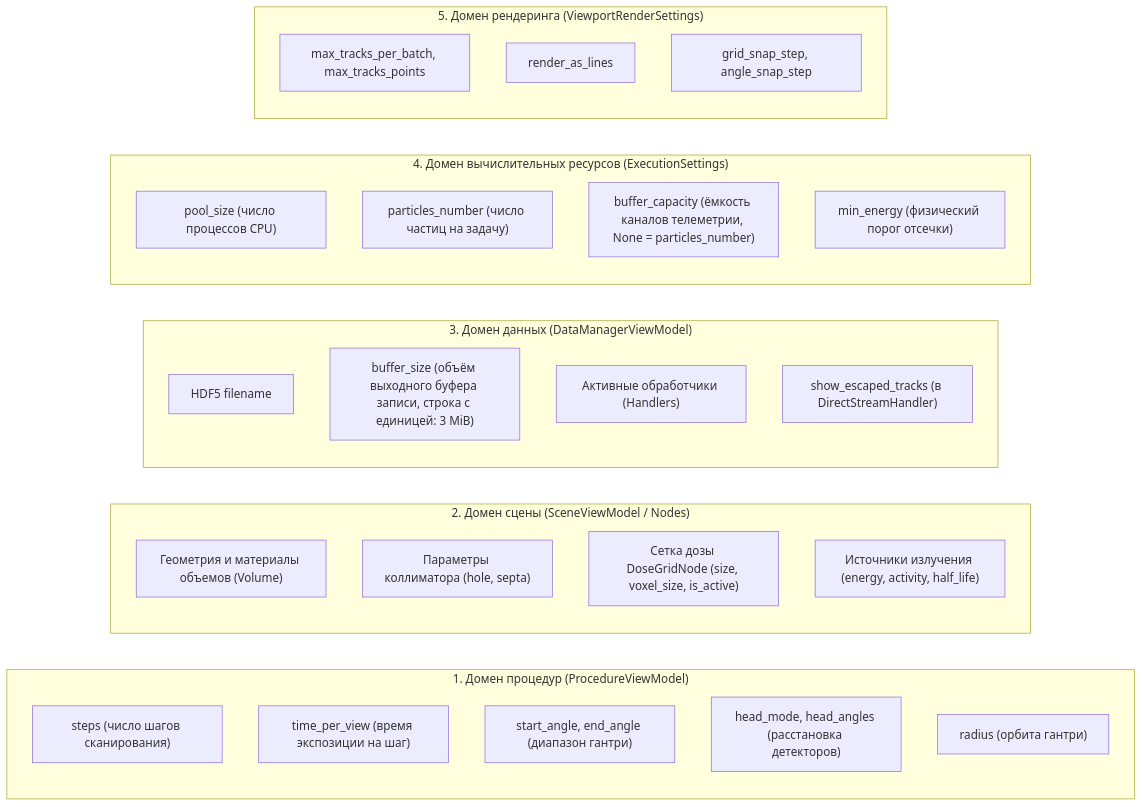
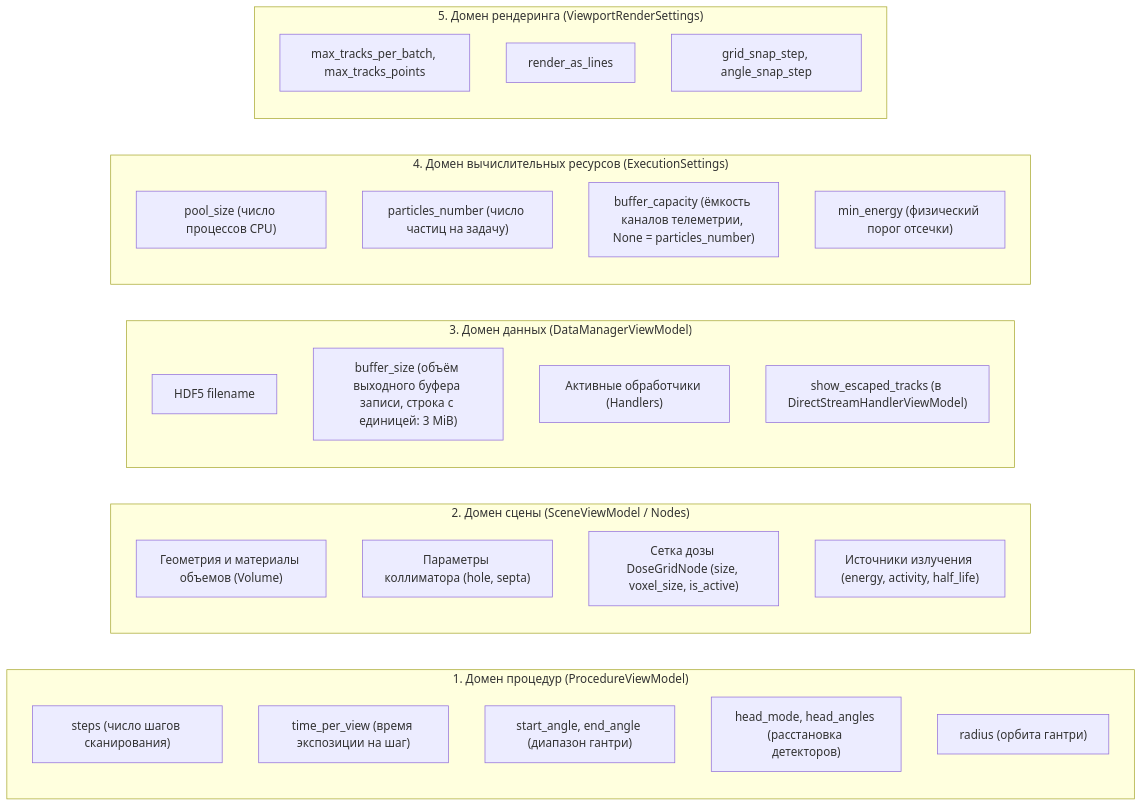
The second of 5 diagrams in docs/gui_architecture.md (GurkoMikhail/NMSimToolkit), drawn with Mermaid before and after one commit. The commit also changed other lines of this file and 30 other files, not shown here.

````diff
--- a/docs/gui_architecture.md
+++ b/docs/gui_architecture.md
@@ -77,37 +77,37 @@
 ```mermaid
 flowchart LR
     subgraph D1 ["1. Домен процедур (ProcedureViewModel)"]
         P1["steps (число шагов сканирования)"]
         P2["time_per_view (время экспозиции на шаг)"]
         P3["start_angle, end_angle (диапазон гантри)"]
         P4["head_mode, head_angles (расстановка детекторов)"]
         P5["radius (орбита гантри)"]
     end
 
     subgraph D2 ["2. Домен сцены (SceneViewModel / Nodes)"]
         S1["Геометрия и материалы объемов (Volume)"]
         S2["Параметры коллиматора (hole, septa)"]
         S3["Сетка дозы DoseGridNode (size, voxel_size, is_active)"]
         S4["Источники излучения (energy, activity, half_life)"]
     end
 
     subgraph D3 ["3. Домен данных (DataManagerViewModel)"]
         M1["HDF5 filename"]
         M2["buffer_size (объём выходного буфера записи, строка с единицей: 3 MiB)"]
         M3["Активные обработчики (Handlers)"]
-        M4["show_escaped_tracks (в DirectStreamHandler)"]
+        M4["show_escaped_tracks (в DirectStreamHandlerViewModel)"]
     end
 
     subgraph D4 ["4. Домен вычислительных ресурсов (ExecutionSettings)"]
         E1["pool_size (число процессов CPU)"]
         E2["particles_number (число частиц на задачу)"]
         E4["buffer_capacity (ёмкость каналов телеметрии, None = particles_number)"]
         E3["min_energy (физический порог отсечки)"]
     end
 
     subgraph D5 ["5. Домен рендеринга (ViewportRenderSettings)"]
         R1["max_tracks_per_batch, max_tracks_points"]
         R2["render_as_lines"]
         R3["grid_snap_step, angle_snap_step"]
     end
 ```
````
